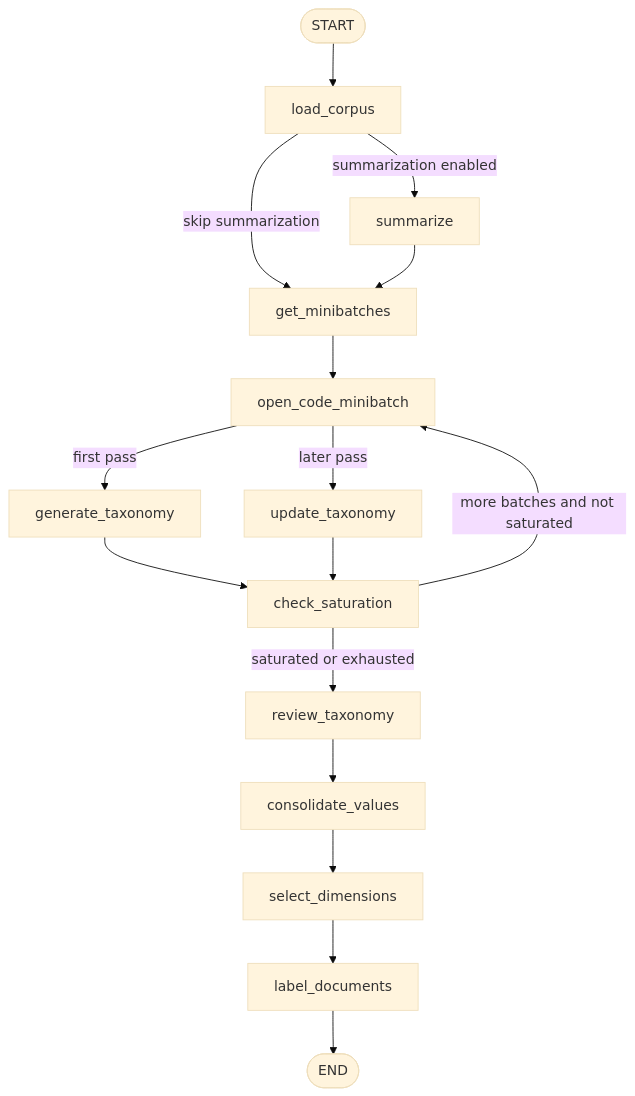
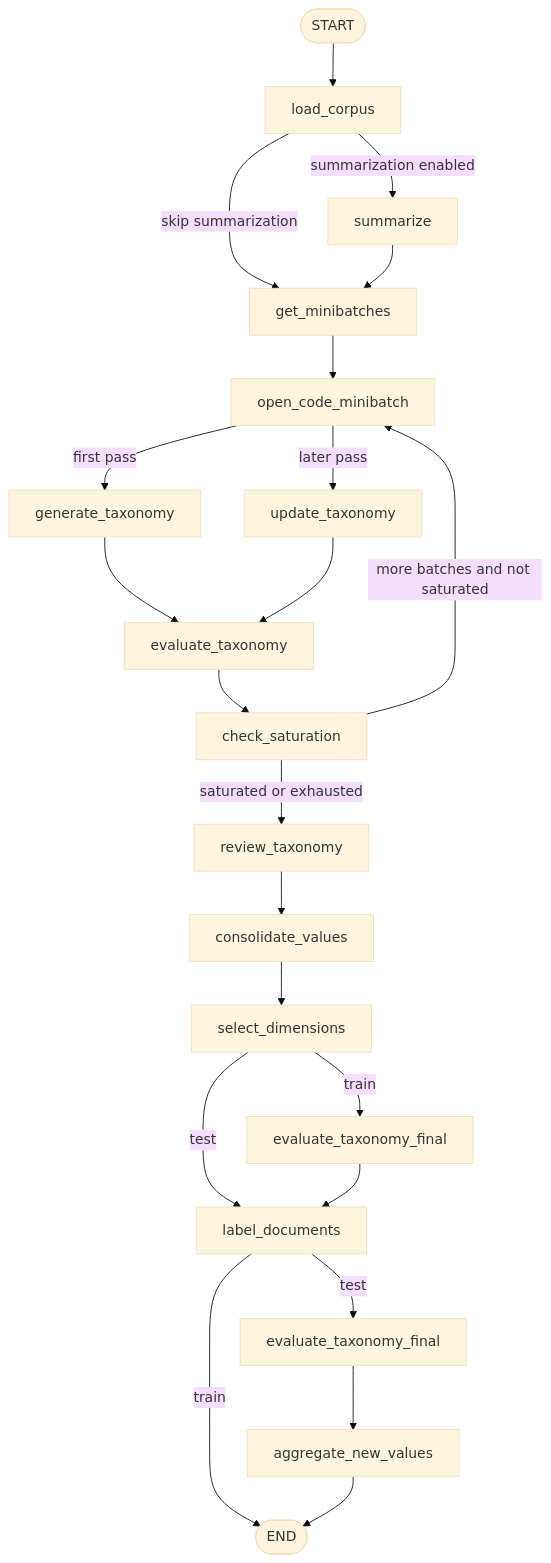
Before and after one commit to andresdp/delve: the diagram in openwiki/pipeline/graph.md, drawn with Mermaid (base theme). The commit also changed other lines of this file and 13 other files, not shown here.

````diff
--- a/openwiki/pipeline/graph.md
+++ b/openwiki/pipeline/graph.md
@@ -14,18 +14,24 @@
 ```mermaid
 flowchart TD
     Start([START]) --> Load["load_corpus"]
     Load -->|summarization enabled| Summarize["summarize"]
     Load -->|skip summarization| Batches["get_minibatches"]
     Summarize --> Batches
     Batches --> Open["open_code_minibatch"]
     Open -->|first pass| Generate["generate_taxonomy"]
     Open -->|later pass| Update["update_taxonomy"]
-    Generate --> Saturation["check_saturation"]
-    Update --> Saturation
+    Generate --> Evaluate["evaluate_taxonomy"]
+    Update --> Evaluate
+    Evaluate --> Saturation["check_saturation"]
     Saturation -->|more batches and not saturated| Open
     Saturation -->|saturated or exhausted| Review["review_taxonomy"]
     Review --> Consolidate["consolidate_values"]
     Consolidate --> Select["select_dimensions"]
-    Select --> Label["label_documents"]
-    Label --> Finish([END])
+    Select -->|train| FinalEval["evaluate_taxonomy_final"]
+    Select -->|test| Label["label_documents"]
+    FinalEval --> Label
+    Label -->|test| TestEval["evaluate_taxonomy_final"]
+    TestEval --> Aggregate["aggregate_new_values"]
+    Label -->|train| Finish([END])
+    Aggregate --> Finish
 ```
````
